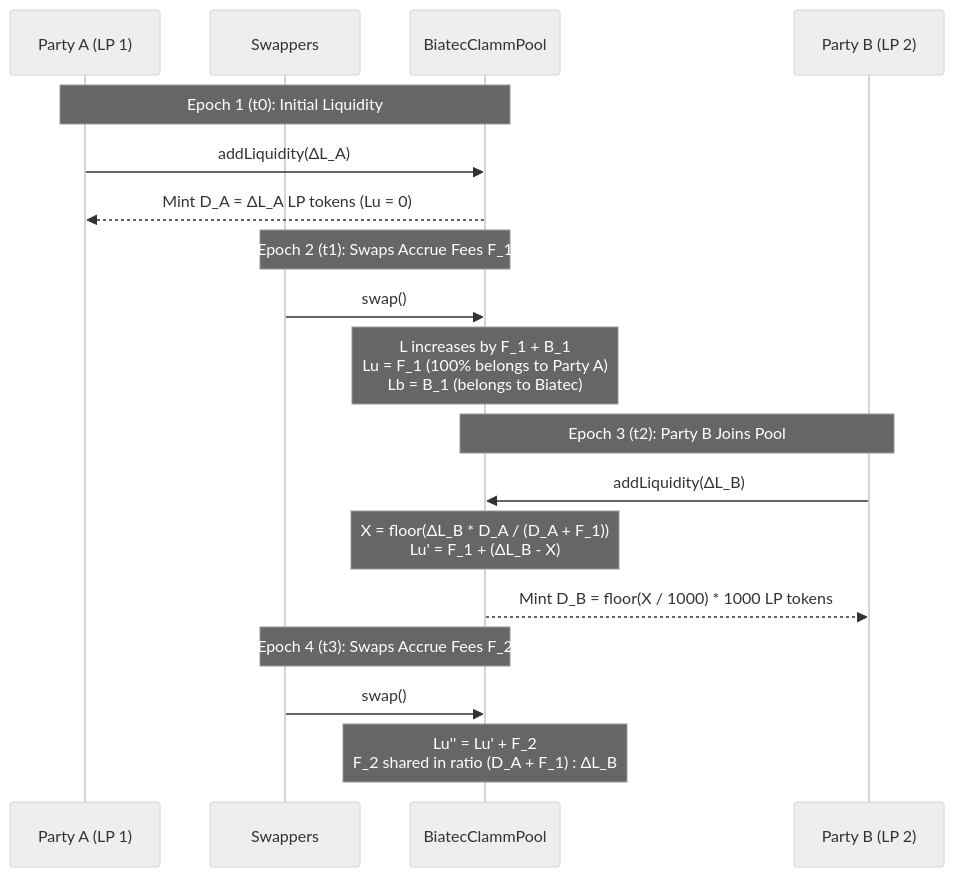
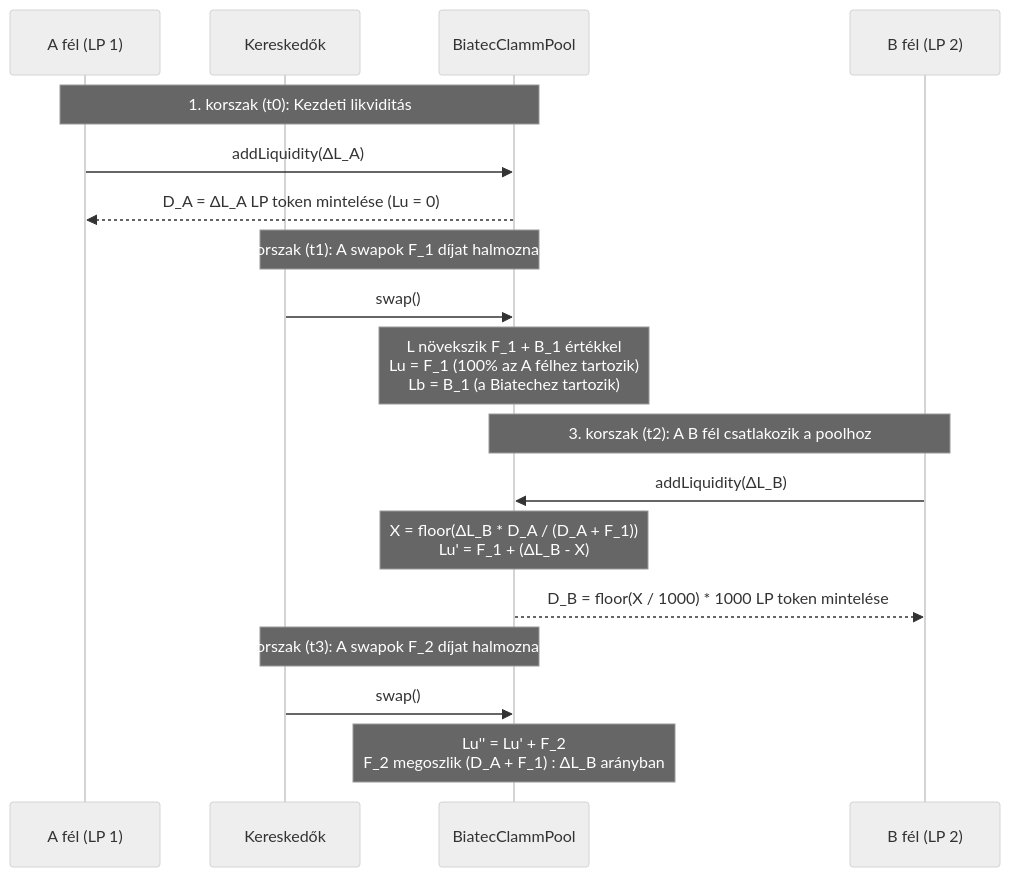
One commit to scholtz/BiatecCLAMM changed the first of 2 diagrams in docusaurus/i18n/hu/docusaurus-plugin-content-docs/current/multi-party-fee-aggregation.md. Above: the diagram before and after it, drawn with Mermaid (neutral theme). The commit also changed other lines of this file and 2 other files, not shown here.

Commit message:
docs(hu): address code review findings in Mermaid labels, index, and glossary

````diff
--- a/docusaurus/i18n/hu/docusaurus-plugin-content-docs/current/multi-party-fee-aggregation.md
+++ b/docusaurus/i18n/hu/docusaurus-plugin-content-docs/current/multi-party-fee-aggregation.md
@@ -91,24 +91,24 @@
 ```mermaid
 sequenceDiagram
-    participant Alice as Party A (LP 1)
-    participant Trader as Swappers
+    participant Alice as A fél (LP 1)
+    participant Trader as Kereskedők
     participant Pool as BiatecClammPool
-    participant Bob as Party B (LP 2)
+    participant Bob as B fél (LP 2)
 
-    Note over Alice,Pool: Epoch 1 (t0): Initial Liquidity
+    Note over Alice,Pool: 1. korszak (t0): Kezdeti likviditás
     Alice->>Pool: addLiquidity(ΔL_A)
-    Pool-->>Alice: Mint D_A = ΔL_A LP tokens (Lu = 0)
+    Pool-->>Alice: D_A = ΔL_A LP token mintelése (Lu = 0)
 
-    Note over Trader,Pool: Epoch 2 (t1): Swaps Accrue Fees F_1
+    Note over Trader,Pool: 2. korszak (t1): A swapok F_1 díjat halmoznak fel
     Trader->>Pool: swap()
-    Note over Pool: L increases by F_1 + B_1<br/>Lu = F_1 (100% belongs to Party A)<br/>Lb = B_1 (belongs to Biatec)
+    Note over Pool: L növekszik F_1 + B_1 értékkel<br/>Lu = F_1 (100% az A félhez tartozik)<br/>Lb = B_1 (a Biatechez tartozik)
 
-    Note over Bob,Pool: Epoch 3 (t2): Party B Joins Pool
+    Note over Bob,Pool: 3. korszak (t2): A B fél csatlakozik a poolhoz
     Bob->>Pool: addLiquidity(ΔL_B)
     Note over Pool: X = floor(ΔL_B * D_A / (D_A + F_1))<br/>Lu' = F_1 + (ΔL_B - X)
-    Pool-->>Bob: Mint D_B = floor(X / 1000) * 1000 LP tokens
+    Pool-->>Bob: D_B = floor(X / 1000) * 1000 LP token mintelése
 
-    Note over Trader,Pool: Epoch 4 (t3): Swaps Accrue Fees F_2
+    Note over Trader,Pool: 4. korszak (t3): A swapok F_2 díjat halmoznak fel
     Trader->>Pool: swap()
-    Note over Pool: Lu'' = Lu' + F_2<br/>F_2 shared in ratio (D_A + F_1) : ΔL_B
+    Note over Pool: Lu'' = Lu' + F_2<br/>F_2 megoszlik (D_A + F_1) : ΔL_B arányban
 ```
````
